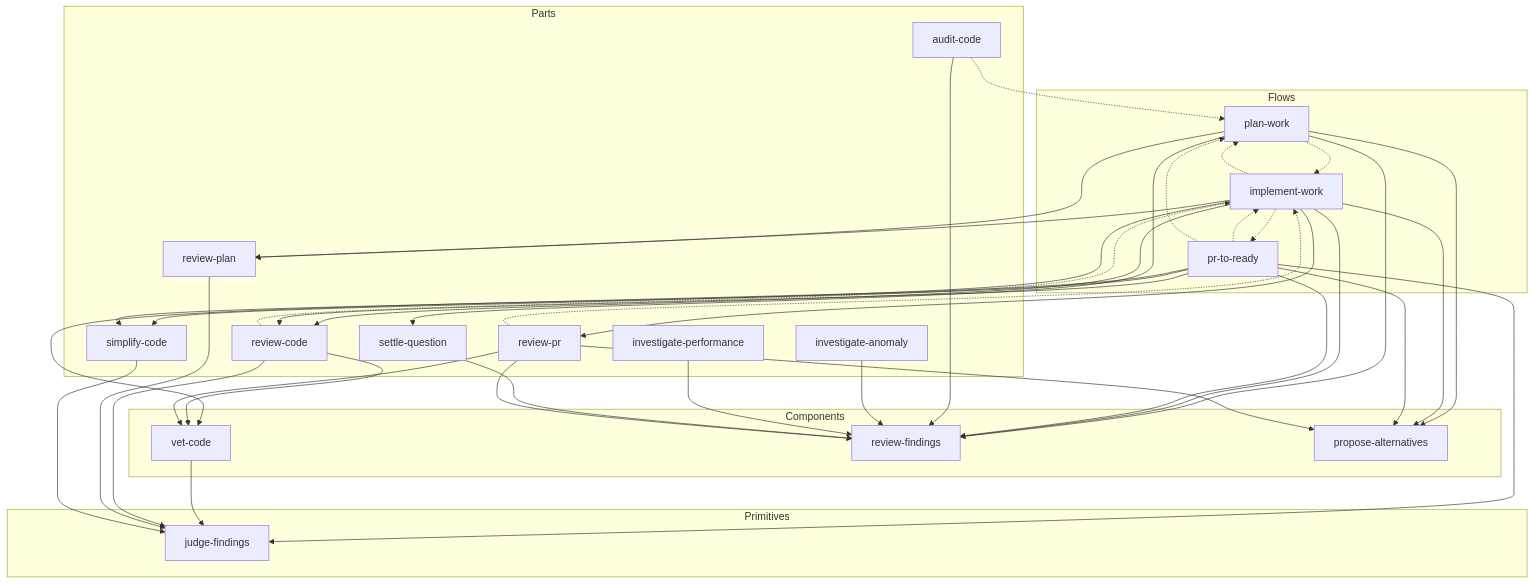
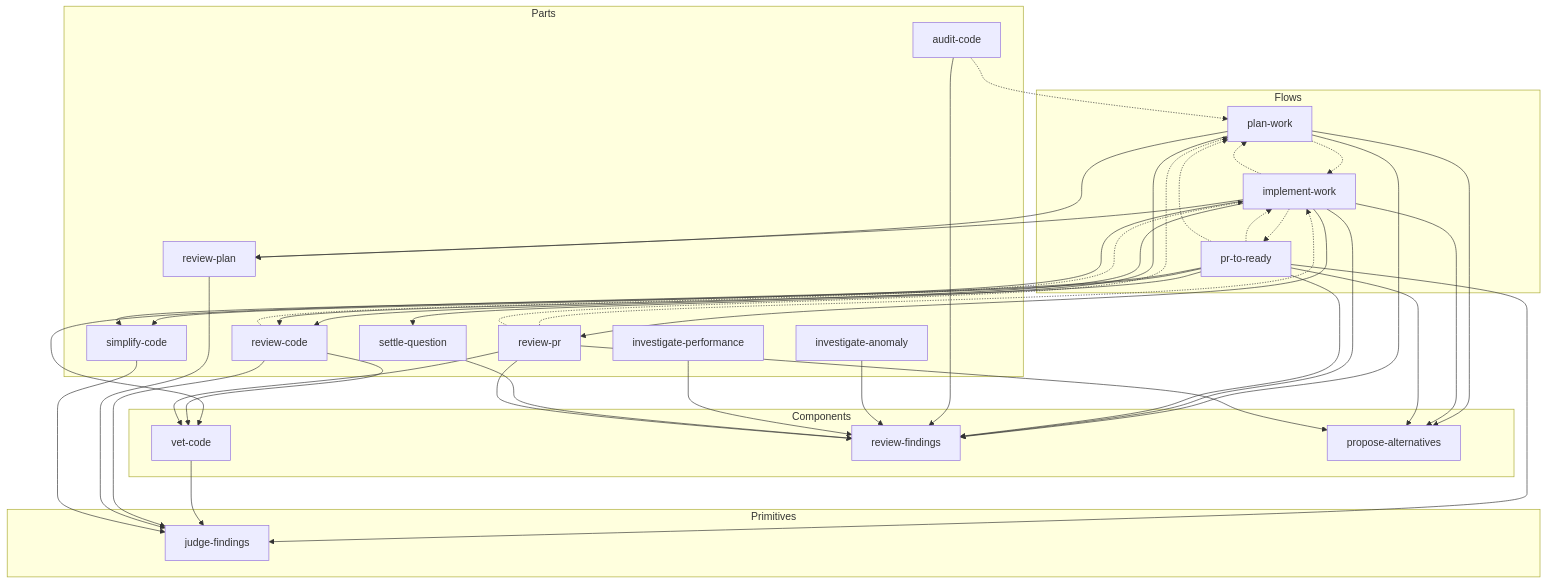
The first of 2 diagrams in README.md (yowcow/dude), drawn with Mermaid before and after one commit. The commit also changed 2 other files, not shown here.

Commit message:
README に review-pr -> plan-work を足し、revisit 先と base の文言を直す

````diff
--- a/README.md
+++ b/README.md
@@ -38,64 +38,65 @@
 ```mermaid
 flowchart TB
   subgraph Flows
     plan-work
     implement-work
     pr-to-ready
   end
   subgraph Parts
     review-code
     review-plan
     simplify-code
     review-pr
     audit-code
     settle-question
     investigate-anomaly
     investigate-performance
   end
   subgraph Components
     vet-code
     review-findings
     propose-alternatives
   end
   subgraph Primitives
     judge-findings
   end
 
   plan-work -.-> implement-work
   implement-work -.-> plan-work
   implement-work -.-> pr-to-ready
   pr-to-ready -.-> implement-work
   pr-to-ready -.-> plan-work
   review-code -.-> implement-work
   review-pr -.-> implement-work
+  review-pr -.-> plan-work
   audit-code -.-> plan-work
 
   plan-work --> review-plan
   plan-work --> settle-question
   plan-work --> propose-alternatives
   plan-work --> review-findings
   implement-work --> review-code
   implement-work --> review-plan
   implement-work --> review-pr
   implement-work --> simplify-code
   implement-work --> propose-alternatives
   implement-work --> review-findings
   pr-to-ready --> review-code
   pr-to-ready --> simplify-code
   pr-to-ready --> vet-code
   pr-to-ready --> judge-findings
   pr-to-ready --> propose-alternatives
   pr-to-ready --> review-findings
   audit-code --> review-findings
   investigate-anomaly --> review-findings
   investigate-performance --> review-findings
   settle-question --> review-findings
   review-code --> vet-code
   review-pr --> vet-code
   review-pr --> propose-alternatives
   review-pr --> review-findings
   vet-code --> judge-findings
   review-code --> judge-findings
   review-plan --> judge-findings
   simplify-code --> judge-findings
 ```
````
